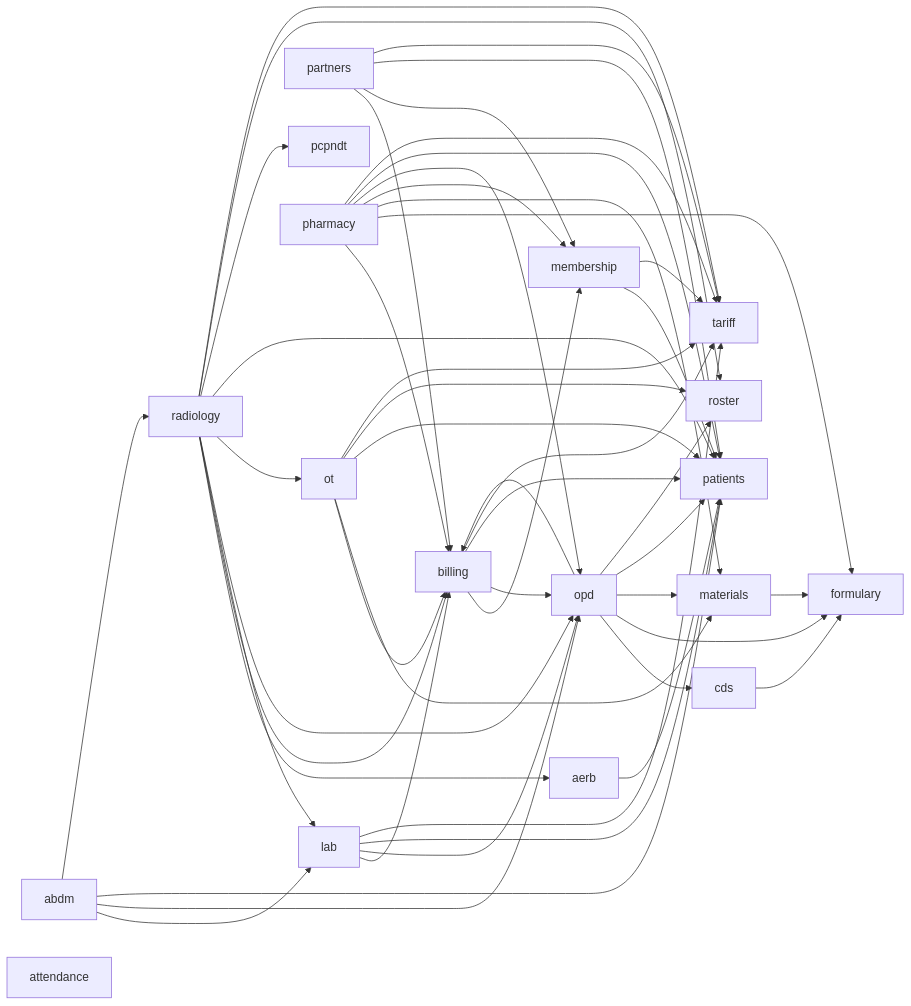
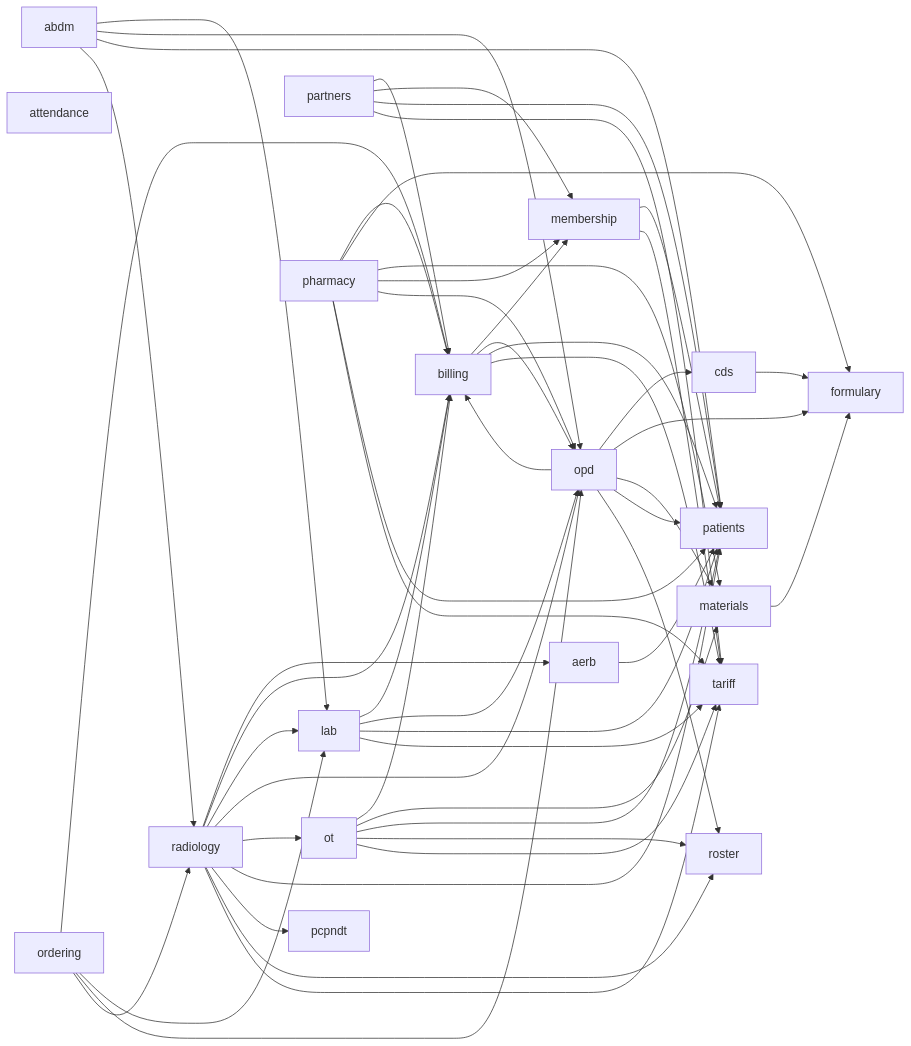
The second of 2 diagrams in docs/architecture/README.md (ankits3a/hims-hmis), drawn with Mermaid before and after one commit. The commit also changed other lines of this file and 60 other files, not shown here.

````diff
--- a/docs/architecture/README.md
+++ b/docs/architecture/README.md
@@ -31,69 +31,74 @@
 ```mermaid
 flowchart LR
   abdm[abdm]
   aerb[aerb]
   attendance[attendance]
   billing[billing]
   cds[cds]
   formulary[formulary]
   lab[lab]
   materials[materials]
   membership[membership]
   opd[opd]
+  ordering[ordering]
   ot[ot]
   partners[partners]
   patients[patients]
   pcpndt[pcpndt]
   pharmacy[pharmacy]
   radiology[radiology]
   roster[roster]
   tariff[tariff]
   abdm --> lab
   abdm --> opd
   abdm --> patients
   abdm --> radiology
   aerb --> patients
   billing --> membership
   billing --> opd
   billing --> patients
   billing --> tariff
   cds --> formulary
   lab --> billing
   lab --> opd
   lab --> patients
   lab --> tariff
   materials --> formulary
   membership --> patients
   membership --> tariff
   opd --> billing
   opd --> cds
   opd --> formulary
   opd --> materials
   opd --> patients
   opd --> roster
+  ordering --> billing
+  ordering --> lab
+  ordering --> opd
+  ordering --> radiology
   ot --> billing
   ot --> materials
   ot --> patients
   ot --> roster
   ot --> tariff
   partners --> billing
   partners --> membership
   partners --> patients
   partners --> tariff
   pharmacy --> billing
   pharmacy --> formulary
   pharmacy --> materials
   pharmacy --> membership
   pharmacy --> opd
   pharmacy --> patients
   pharmacy --> tariff
   radiology --> aerb
   radiology --> billing
   radiology --> lab
   radiology --> opd
   radiology --> ot
   radiology --> patients
   radiology --> pcpndt
   radiology --> roster
   radiology --> tariff
 ```
````
